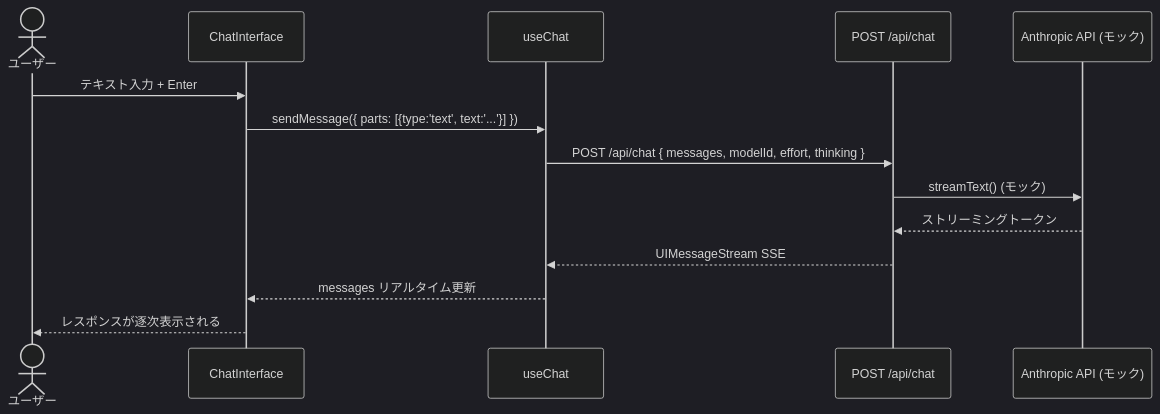
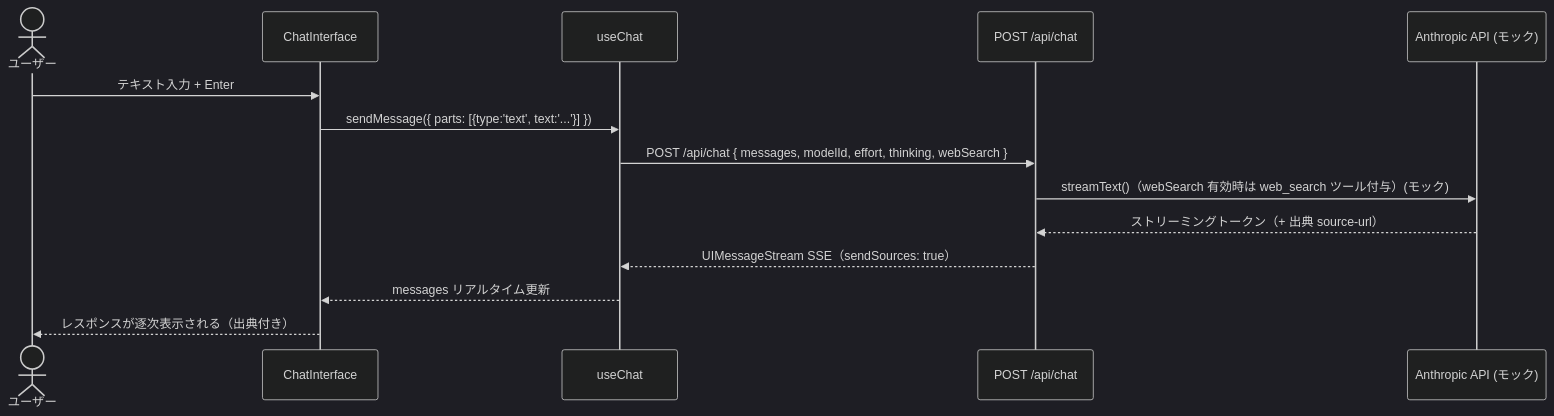
The second of 2 diagrams in 設計書/05_結合テスト仕様書.md (r-522/vercel_claude_app), drawn with Mermaid (dark theme) before and after one commit. The commit also changed other lines of this file and 11 other files, not shown here.

First line of the commit message:
feat: add web search toggle to chat mode

````diff
--- a/設計書/05_結合テスト仕様書.md
+++ b/設計書/05_結合テスト仕様書.md
@@ -159,17 +159,17 @@
 ```mermaid
 sequenceDiagram
     actor User as ユーザー
     participant CI as ChatInterface
     participant UC as useChat
     participant API as POST /api/chat
     participant Claude as Anthropic API (モック)
 
     User->>CI: テキスト入力 + Enter
     CI->>UC: sendMessage({ parts: [{type:'text', text:'...'}] })
-    UC->>API: POST /api/chat { messages, modelId, effort, thinking }
-    API->>Claude: streamText() (モック)
-    Claude-->>API: ストリーミングトークン
-    API-->>UC: UIMessageStream SSE
+    UC->>API: POST /api/chat { messages, modelId, effort, thinking, webSearch }
+    API->>Claude: streamText()（webSearch 有効時は web_search ツール付与）(モック)
+    Claude-->>API: ストリーミングトークン（+ 出典 source-url）
+    API-->>UC: UIMessageStream SSE（sendSources: true）
     UC-->>CI: messages リアルタイム更新
-    CI-->>User: レスポンスが逐次表示される
+    CI-->>User: レスポンスが逐次表示される（出典付き）
 ```
````
